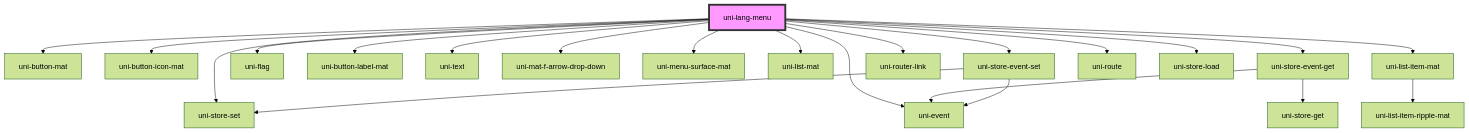
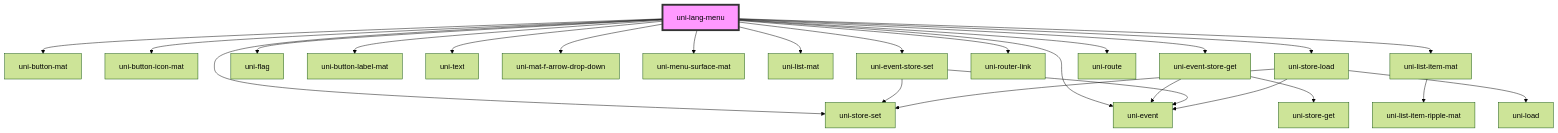
The diagram in src/lang-menu/components/@main/readme.md (uiregex/uni-localize), drawn with Mermaid (forest theme) before and after one commit. The commit also changed other lines of this file and 9 other files, not shown here.

````diff
--- a/src/lang-menu/components/@main/readme.md
+++ b/src/lang-menu/components/@main/readme.md
@@ -47,25 +47,28 @@
 ```mermaid
 graph TD;
   uni-lang-menu --> uni-store-set
   uni-lang-menu --> uni-button-mat
   uni-lang-menu --> uni-button-icon-mat
-  uni-lang-menu --> uni-store-event-get
+  uni-lang-menu --> uni-event-store-get
   uni-lang-menu --> uni-flag
   uni-lang-menu --> uni-button-label-mat
   uni-lang-menu --> uni-text
   uni-lang-menu --> uni-mat-f-arrow-drop-down
   uni-lang-menu --> uni-menu-surface-mat
   uni-lang-menu --> uni-list-mat
-  uni-lang-menu --> uni-store-event-set
+  uni-lang-menu --> uni-event-store-set
   uni-lang-menu --> uni-router-link
   uni-lang-menu --> uni-list-item-mat
   uni-lang-menu --> uni-route
   uni-lang-menu --> uni-event
   uni-lang-menu --> uni-store-load
-  uni-store-event-get --> uni-event
-  uni-store-event-get --> uni-store-get
-  uni-store-event-set --> uni-event
-  uni-store-event-set --> uni-store-set
+  uni-event-store-get --> uni-event
+  uni-event-store-get --> uni-store-get
+  uni-event-store-set --> uni-event
+  uni-event-store-set --> uni-store-set
   uni-list-item-mat --> uni-list-item-ripple-mat
+  uni-store-load --> uni-event
+  uni-store-load --> uni-store-set
+  uni-store-load --> uni-load
   style uni-lang-menu fill:#f9f,stroke:#333,stroke-width:4px
 ```
````
